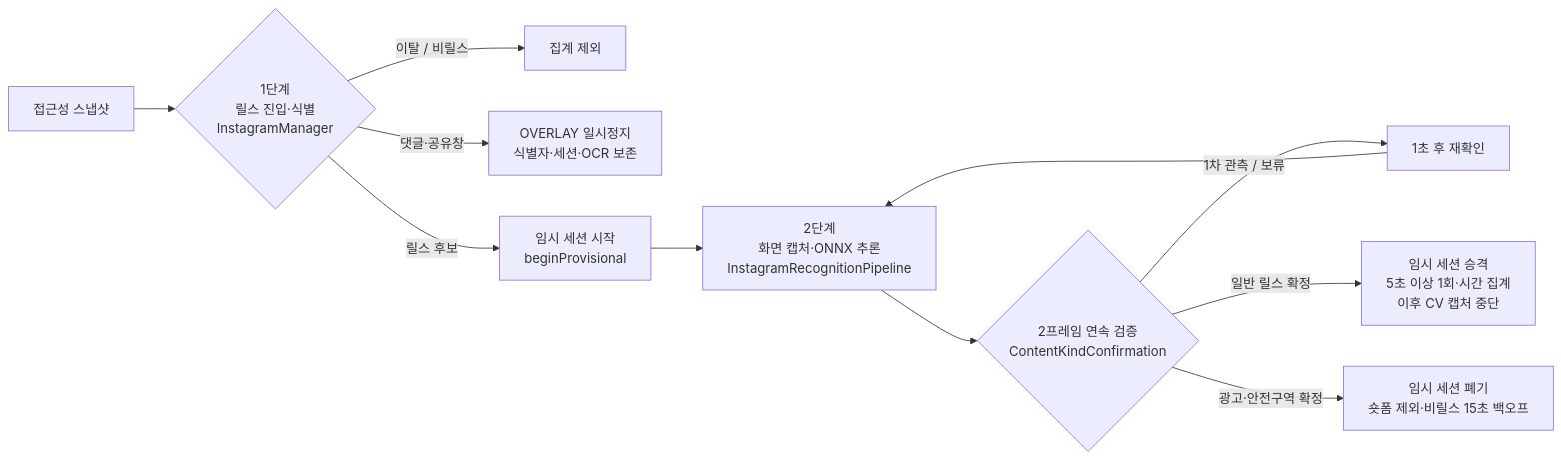
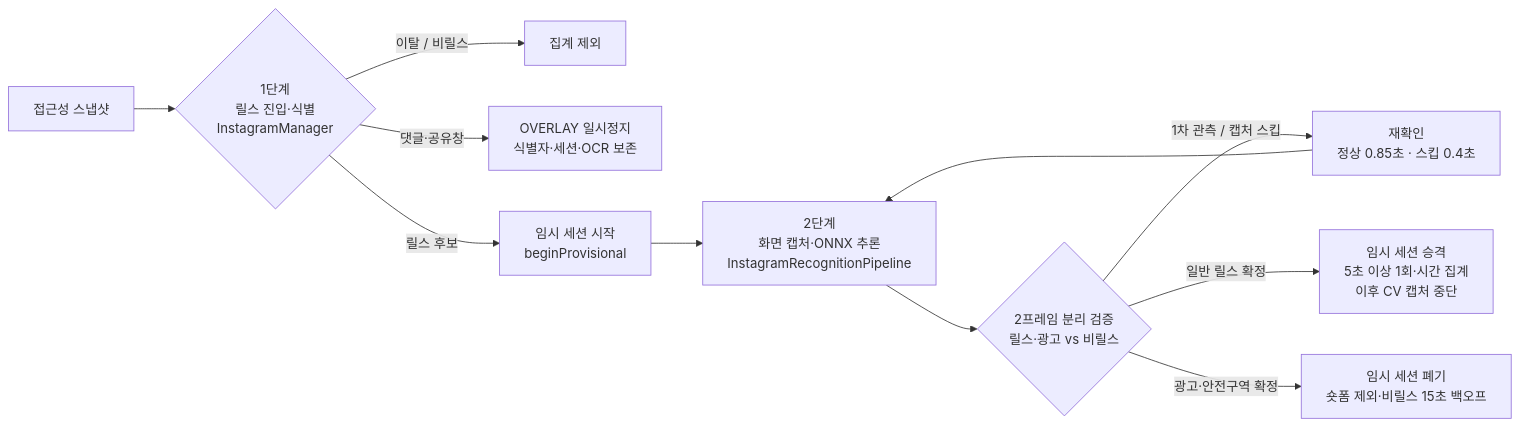
Before and after one commit to Spearoad/DopamineCut: the diagram in Application/26-2/instagram/Document/Readme.md, drawn with Mermaid. The commit also changed other lines of this file, not shown here.

````diff
--- a/Application/26-2/instagram/Document/Readme.md
+++ b/Application/26-2/instagram/Document/Readme.md
@@ -81,13 +81,13 @@
 ```mermaid
 flowchart LR
     E[접근성 스냅샷] --> D{1단계<br/>릴스 진입·식별<br/>InstagramManager}
     D -- 이탈 / 비릴스 --> X[집계 제외]
     D -- 댓글·공유창 --> O[OVERLAY 일시정지<br/>식별자·세션·OCR 보존]
     D -- 릴스 후보 --> P[임시 세션 시작<br/>beginProvisional]
     P --> C[2단계<br/>화면 캡처·ONNX 추론<br/>InstagramRecognitionPipeline]
-    C --> V{2프레임 연속 검증<br/>ContentKindConfirmation}
-    V -- 1차 관측 / 보류 --> R[1초 후 재확인]
+    C --> V{2프레임 분리 검증<br/>릴스·광고 vs 비릴스}
+    V -- 1차 관측 / 캡처 스킵 --> R[재확인<br/>정상 0.85초 · 스킵 0.4초]
     R --> C
     V -- 일반 릴스 확정 --> N[임시 세션 승격<br/>5초 이상 1회·시간 집계<br/>이후 CV 캡처 중단]
     V -- 광고·안전구역 확정 --> A[임시 세션 폐기<br/>숏폼 제외·비릴스 15초 백오프]
 ```
````
